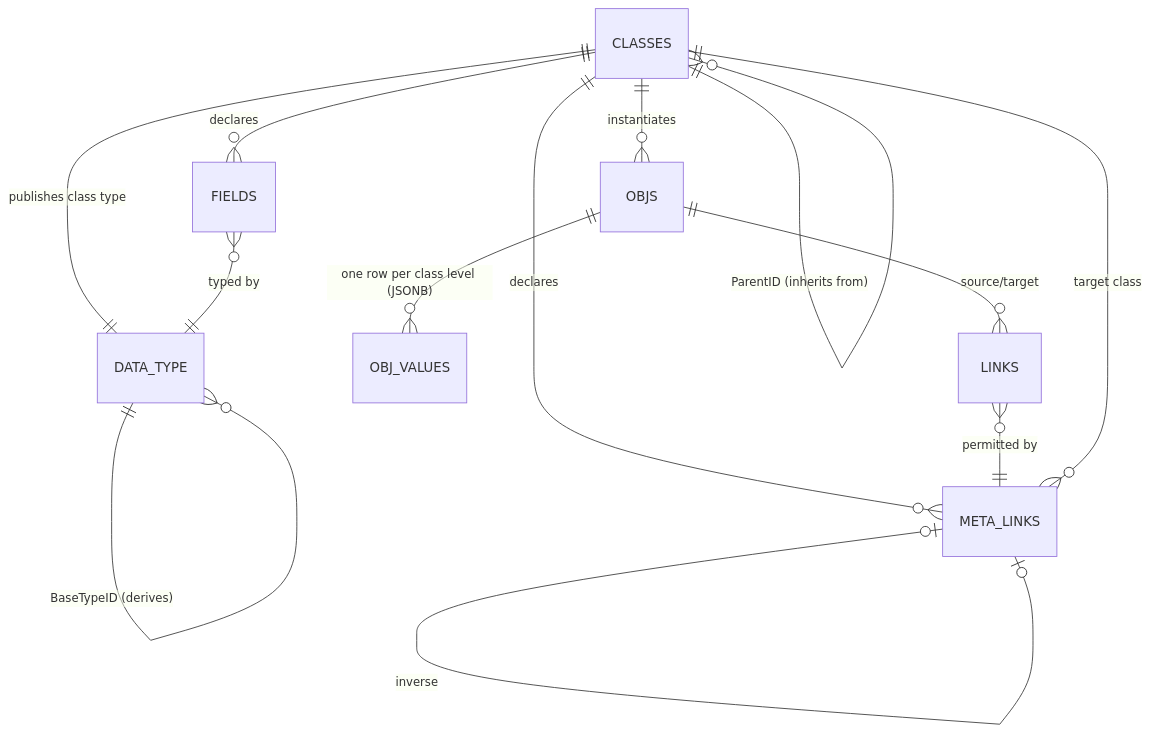
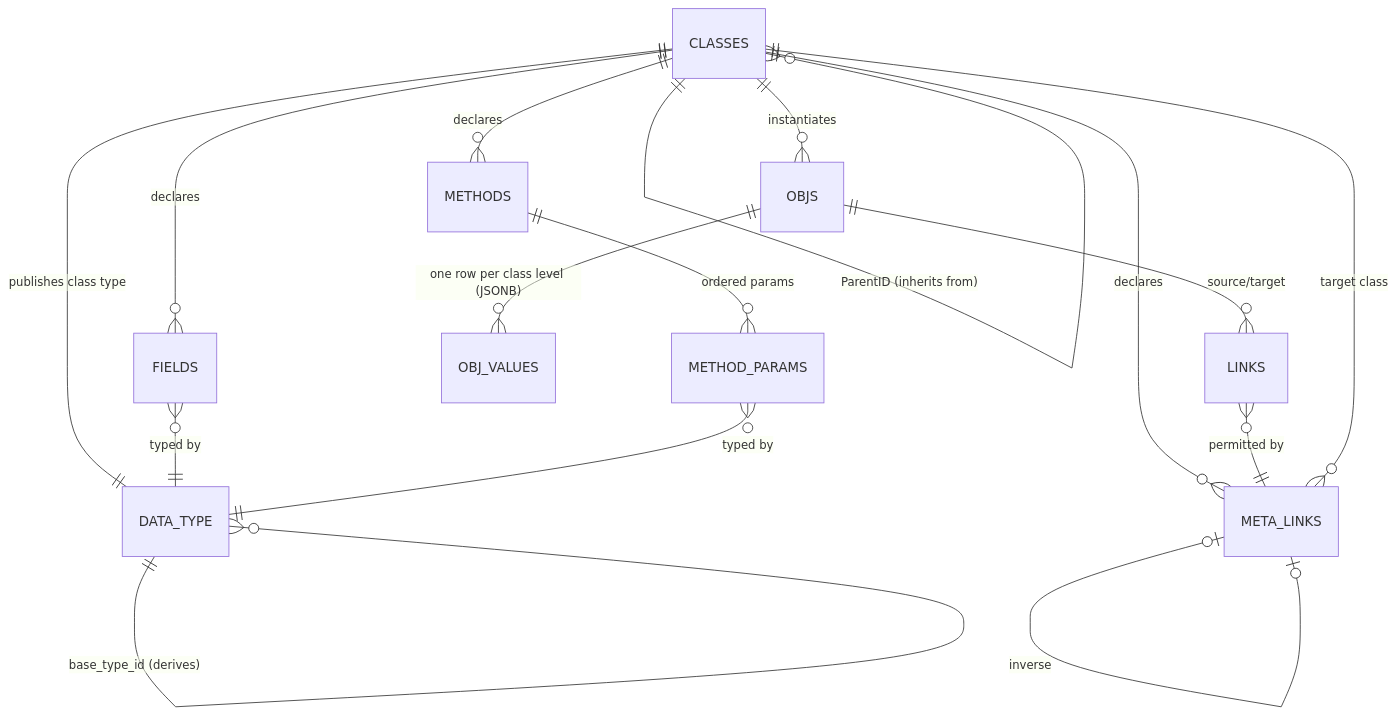
One commit to Goliath-Research/GoliathApp changed the diagram in docs/meta-model.md. Above: the diagram before and after it, drawn with Mermaid. The commit also changed other lines of this file and 1 other file, not shown here.

````diff
--- a/docs/meta-model.md
+++ b/docs/meta-model.md
@@ -21,15 +21,18 @@
 ```mermaid
 erDiagram
-    DATA_TYPE ||--o{ DATA_TYPE : "BaseTypeID (derives)"
+    DATA_TYPE ||--o{ DATA_TYPE : "base_type_id (derives)"
     CLASSES ||--o{ CLASSES : "ParentID (inherits from)"
     CLASSES ||--|| DATA_TYPE : "publishes class type"
     CLASSES ||--o{ FIELDS : declares
     FIELDS }o--|| DATA_TYPE : "typed by"
+    CLASSES ||--o{ METHODS : declares
+    METHODS ||--o{ METHOD_PARAMS : "ordered params"
+    METHOD_PARAMS }o--|| DATA_TYPE : "typed by"
     CLASSES ||--o{ META_LINKS : declares
     META_LINKS }o--|| CLASSES : "target class"
     META_LINKS |o--o| META_LINKS : inverse
     CLASSES ||--o{ OBJS : instantiates
     OBJS ||--o{ OBJ_VALUES : "one row per class level (JSONB)"
     OBJS ||--o{ LINKS : "source/target"
     LINKS }o--|| META_LINKS : "permitted by"
 ```
````
